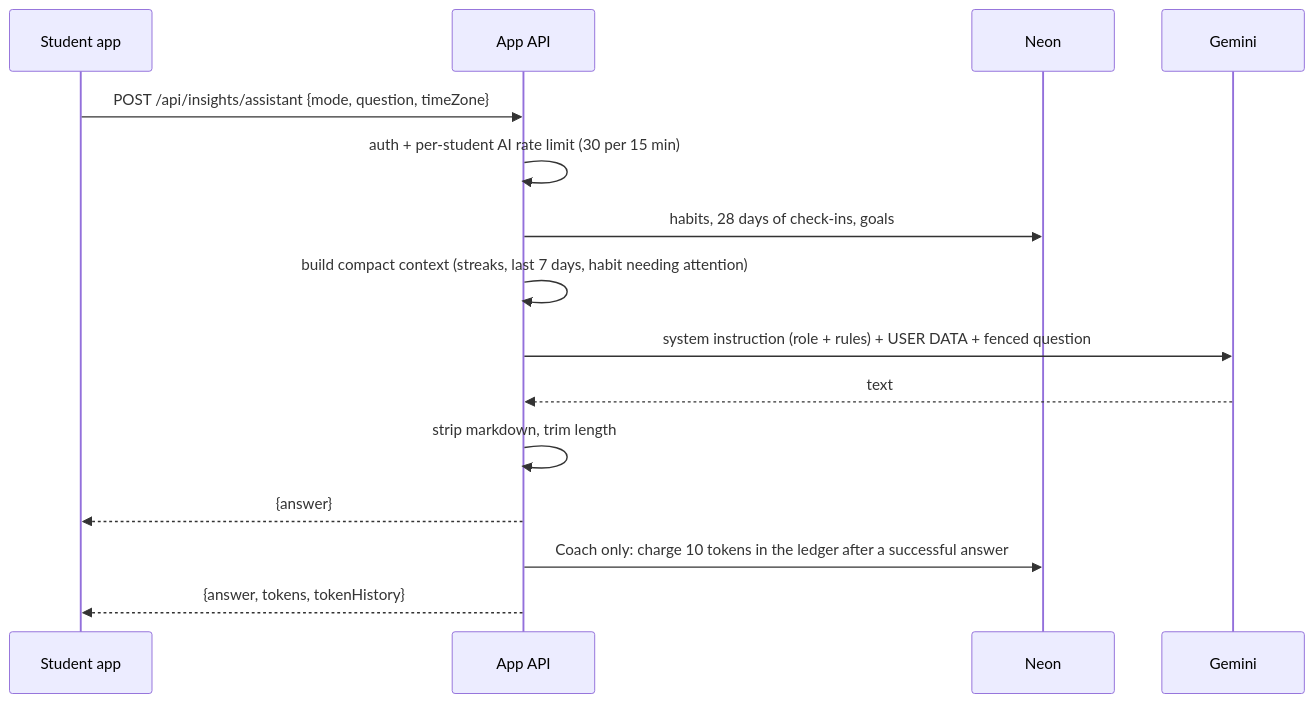
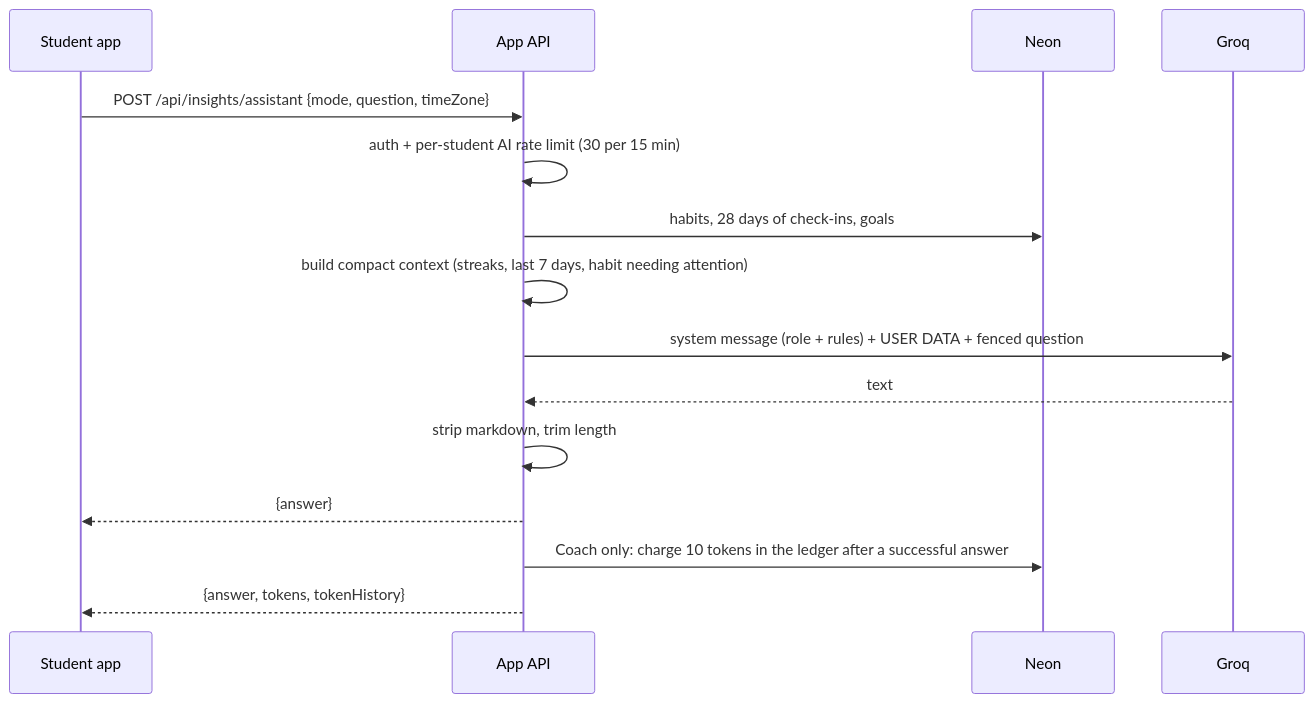
One commit to nathecruz/Capstone-Project changed the eighth of 9 diagrams in ARCHITECTURE.md. Above: the diagram before and after it, drawn with Mermaid. The commit also changed other lines of this file and 22 other files, not shown here.

First line of the commit message:
Switch the AI features from Gemini to Groq (rest of the change)

````diff
--- a/ARCHITECTURE.md
+++ b/ARCHITECTURE.md
@@ -259,17 +259,17 @@
 ```mermaid
 sequenceDiagram
   participant A as Student app
   participant API as App API
   participant DB as Neon
-  participant G as Gemini
+  participant G as Groq
   A->>API: POST /api/insights/assistant {mode, question, timeZone}
   API->>API: auth + per-student AI rate limit (30 per 15 min)
   API->>DB: habits, 28 days of check-ins, goals
   API->>API: build compact context (streaks, last 7 days, habit needing attention)
-  API->>G: system instruction (role + rules) + USER DATA + fenced question
+  API->>G: system message (role + rules) + USER DATA + fenced question
   G-->>API: text
   API->>API: strip markdown, trim length
   API-->>A: {answer}
   API->>DB: Coach only: charge 10 tokens in the ledger after a successful answer
   API-->>A: {answer, tokens, tokenHistory}
 ```
````
